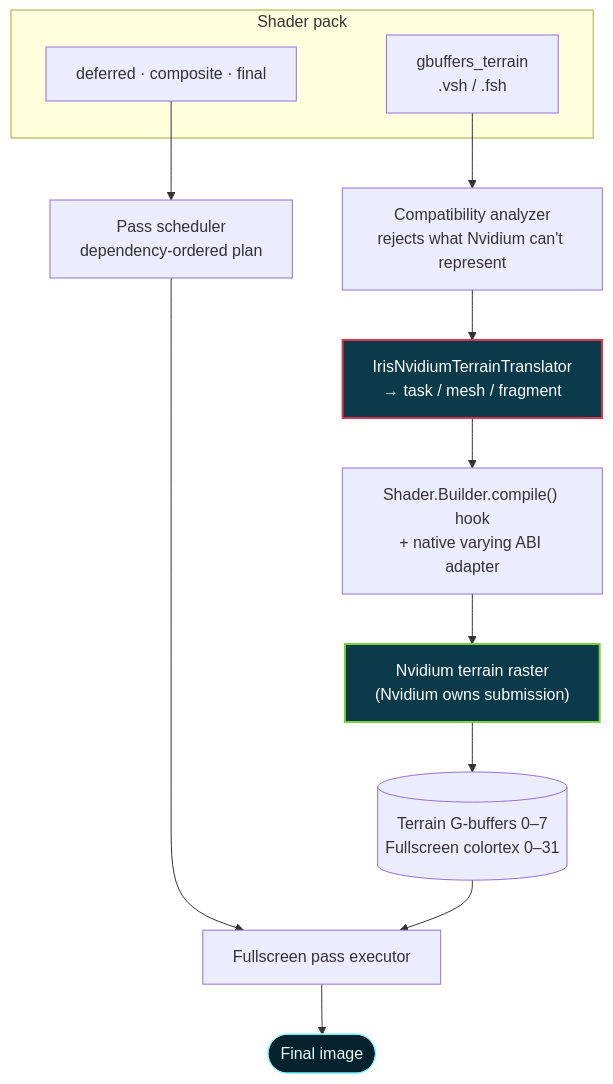
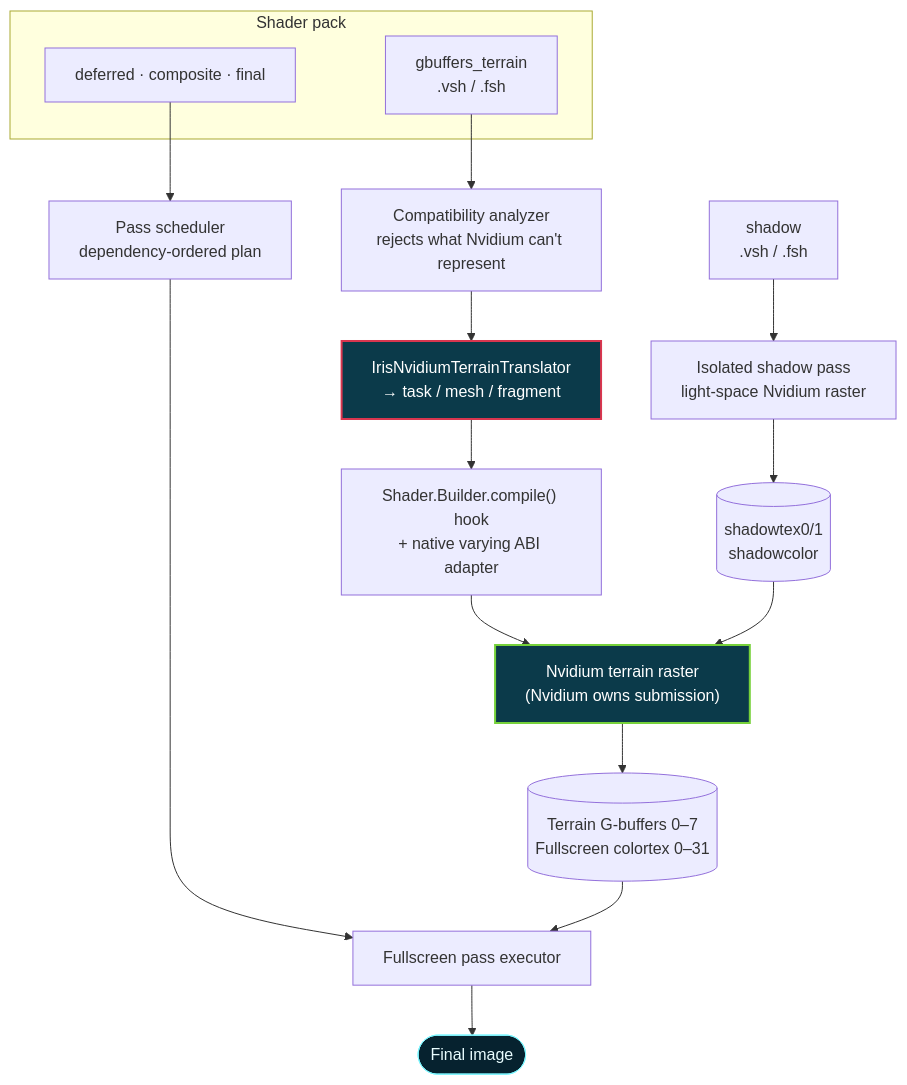
The diagram in README.md (ItsDropper/CAUSTIQ), drawn with Mermaid before and after one commit. The commit also changed other lines of this file, not shown here.

First line of the commit message:
Update nvidium README for shadows, compute and new uniforms

````diff
--- a/README.md
+++ b/README.md
@@ -57,21 +58,24 @@
 ```mermaid
 flowchart TB
     subgraph PACK["Shader pack"]
         P1["gbuffers_terrain<br/>.vsh / .fsh"]
         P2["deferred · composite · final"]
     end
 
+    PS["shadow<br/>.vsh / .fsh"] --> SH["Isolated shadow pass<br/>light-space Nvidium raster"]
+    SH --> SM[("shadowtex0/1<br/>shadowcolor")]
     P1 --> AN["Compatibility analyzer<br/>rejects what Nvidium can't represent"]
     AN --> TR["IrisNvidiumTerrainTranslator<br/>→ task / mesh / fragment"]
     TR --> HK["Shader.Builder.compile() hook<br/>+ native varying ABI adapter"]
     HK --> NV["Nvidium terrain raster<br/>(Nvidium owns submission)"]
+    SM --> NV
     NV --> GB[("Terrain G-buffers 0–7<br/>Fullscreen colortex 0–31")]
     P2 --> SC["Pass scheduler<br/>dependency-ordered plan"]
     SC --> EX["Fullscreen pass executor"]
     GB --> EX
     EX --> OUT(["Final image"])
 
     style NV fill:#0b3a4a,stroke:#76D13A,stroke-width:2px,color:#ffffff
     style TR fill:#0b3a4a,stroke:#D9364F,stroke-width:2px,color:#ffffff
     style OUT fill:#06222f,stroke:#7ff6ff,color:#e9fdff
 ```
````
